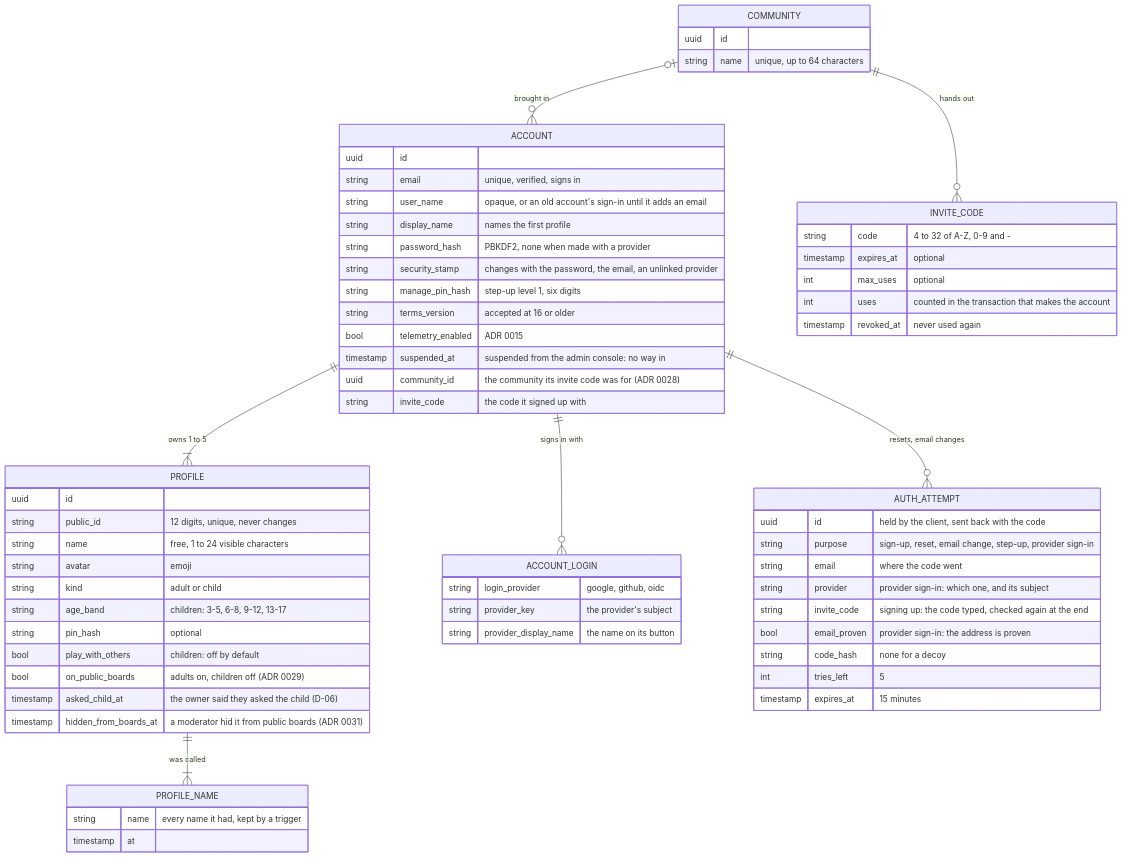
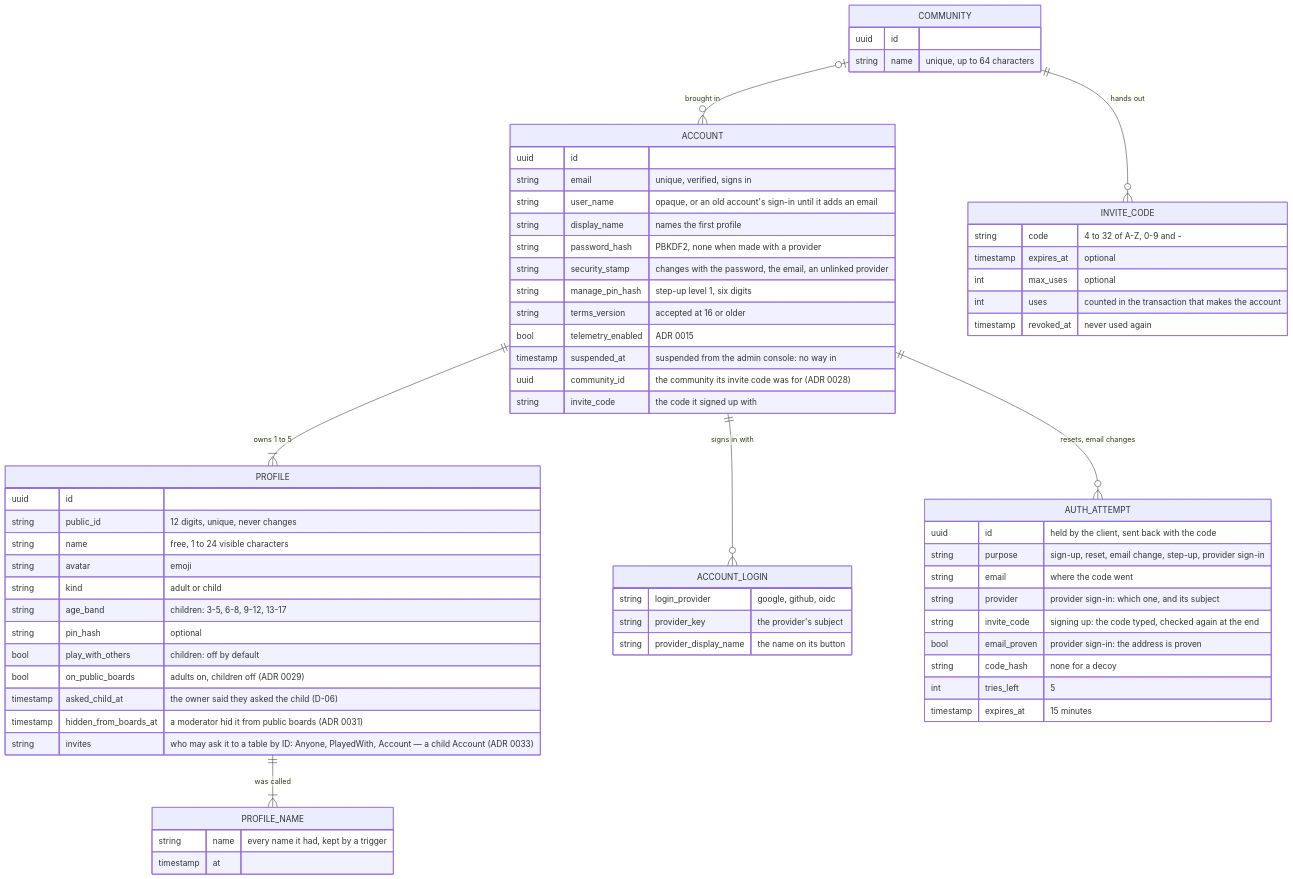
Before and after one commit to vinh466/tohe-play: the first of 11 diagrams in docs/architecture/identity.md, drawn with Mermaid. The commit also changed other lines of this file and 5 other files, not shown here.

First line of the commit message:
docs: ADR 0033 — invite a profile by its ID; a child is never found from outside

````diff
--- a/docs/architecture/identity.md
+++ b/docs/architecture/identity.md
@@ -17,67 +17,68 @@
 ```mermaid
 erDiagram
   ACCOUNT ||--|{ PROFILE : "owns 1 to 5"
   PROFILE ||--|{ PROFILE_NAME : "was called"
   ACCOUNT ||--o{ ACCOUNT_LOGIN : "signs in with"
   ACCOUNT ||--o{ AUTH_ATTEMPT : "resets, email changes"
   COMMUNITY |o--o{ ACCOUNT : "brought in"
   COMMUNITY ||--o{ INVITE_CODE : "hands out"
   ACCOUNT {
     uuid id
     string email "unique, verified, signs in"
     string user_name "opaque, or an old account's sign-in until it adds an email"
     string display_name "names the first profile"
     string password_hash "PBKDF2, none when made with a provider"
     string security_stamp "changes with the password, the email, an unlinked provider"
     string manage_pin_hash "step-up level 1, six digits"
     string terms_version "accepted at 16 or older"
     bool telemetry_enabled "ADR 0015"
     timestamp suspended_at "suspended from the admin console: no way in"
     uuid community_id "the community its invite code was for (ADR 0028)"
     string invite_code "the code it signed up with"
   }
   COMMUNITY {
     uuid id
     string name "unique, up to 64 characters"
   }
   INVITE_CODE {
     string code "4 to 32 of A-Z, 0-9 and -"
     timestamp expires_at "optional"
     int max_uses "optional"
     int uses "counted in the transaction that makes the account"
     timestamp revoked_at "never used again"
   }
   ACCOUNT_LOGIN {
     string login_provider "google, github, oidc"
     string provider_key "the provider's subject"
     string provider_display_name "the name on its button"
   }
   PROFILE_NAME {
     string name "every name it had, kept by a trigger"
     timestamp at
   }
   PROFILE {
     uuid id
     string public_id "12 digits, unique, never changes"
     string name "free, 1 to 24 visible characters"
     string avatar "emoji"
     string kind "adult or child"
     string age_band "children: 3-5, 6-8, 9-12, 13-17"
     string pin_hash "optional"
     bool play_with_others "children: off by default"
     bool on_public_boards "adults on, children off (ADR 0029)"
     timestamp asked_child_at "the owner said they asked the child (D-06)"
     timestamp hidden_from_boards_at "a moderator hid it from public boards (ADR 0031)"
+    string invites "who may ask it to a table by ID: Anyone, PlayedWith, Account — a child Account (ADR 0033)"
   }
   AUTH_ATTEMPT {
     uuid id "held by the client, sent back with the code"
     string purpose "sign-up, reset, email change, step-up, provider sign-in"
     string email "where the code went"
     string provider "provider sign-in: which one, and its subject"
     string invite_code "signing up: the code typed, checked again at the end"
     bool email_proven "provider sign-in: the address is proven"
     string code_hash "none for a decoy"
     int tries_left "5"
     timestamp expires_at "15 minutes"
   }
 ```
````
